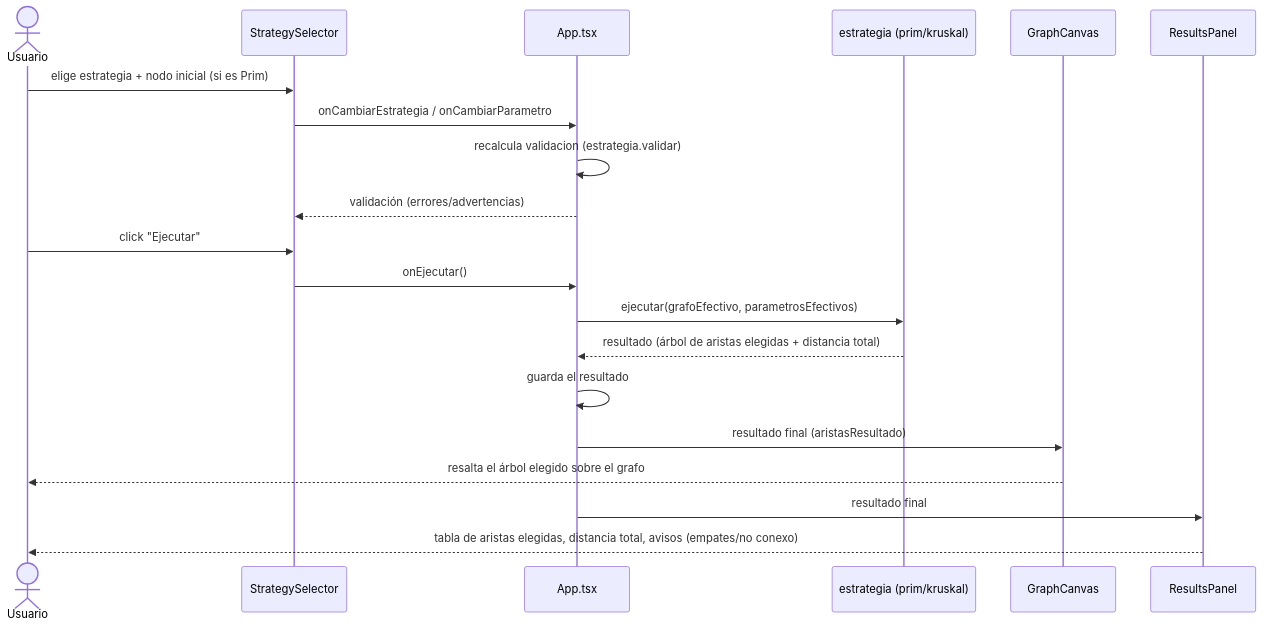
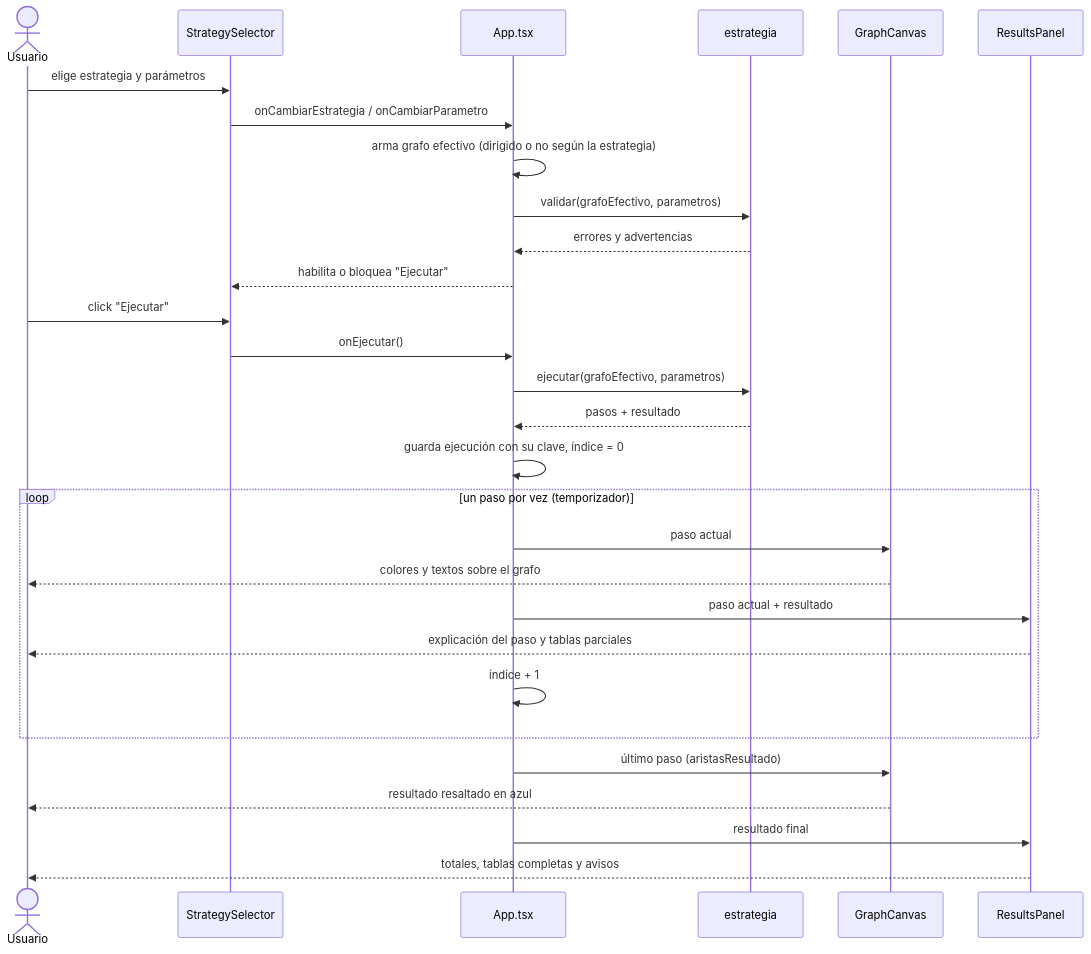
Before and after one commit to jppirra/iop: the second of 6 diagrams in docs/04-diagramas.md, drawn with Mermaid. The commit also changed other lines of this file and 7 other files, not shown here.

````diff
--- a/docs/04-diagramas.md
+++ b/docs/04-diagramas.md
@@ -81,25 +105,35 @@
 ```mermaid
 sequenceDiagram
     actor U as Usuario
     participant SS as StrategySelector
     participant App as App.tsx
-    participant Est as estrategia (prim/kruskal)
+    participant Est as estrategia
     participant GC as GraphCanvas
     participant RP as ResultsPanel
 
-    U->>SS: elige estrategia + nodo inicial (si es Prim)
+    U->>SS: elige estrategia y parámetros
     SS->>App: onCambiarEstrategia / onCambiarParametro
-    App->>App: recalcula validacion (estrategia.validar)
-    App-->>SS: validación (errores/advertencias)
+    App->>App: arma grafo efectivo (dirigido o no según la estrategia)
+    App->>Est: validar(grafoEfectivo, parametros)
+    Est-->>App: errores y advertencias
+    App-->>SS: habilita o bloquea "Ejecutar"
 
     U->>SS: click "Ejecutar"
     SS->>App: onEjecutar()
-    App->>Est: ejecutar(grafoEfectivo, parametrosEfectivos)
-    Est-->>App: resultado (árbol de aristas elegidas + distancia total)
-    App->>App: guarda el resultado
+    App->>Est: ejecutar(grafoEfectivo, parametros)
+    Est-->>App: pasos + resultado
+    App->>App: guarda ejecución con su clave, índice = 0
 
-    App->>GC: resultado final (aristasResultado)
-    GC-->>U: resalta el árbol elegido sobre el grafo
+    loop un paso por vez (temporizador)
+        App->>GC: paso actual
+        GC-->>U: colores y textos sobre el grafo
+        App->>RP: paso actual + resultado
+        RP-->>U: explicación del paso y tablas parciales
+        App->>App: índice + 1
+    end
+
+    App->>GC: último paso (aristasResultado)
+    GC-->>U: resultado resaltado en azul
     App->>RP: resultado final
-    RP-->>U: tabla de aristas elegidas, distancia total, avisos (empates/no conexo)
+    RP-->>U: totales, tablas completas y avisos
 ```
````
